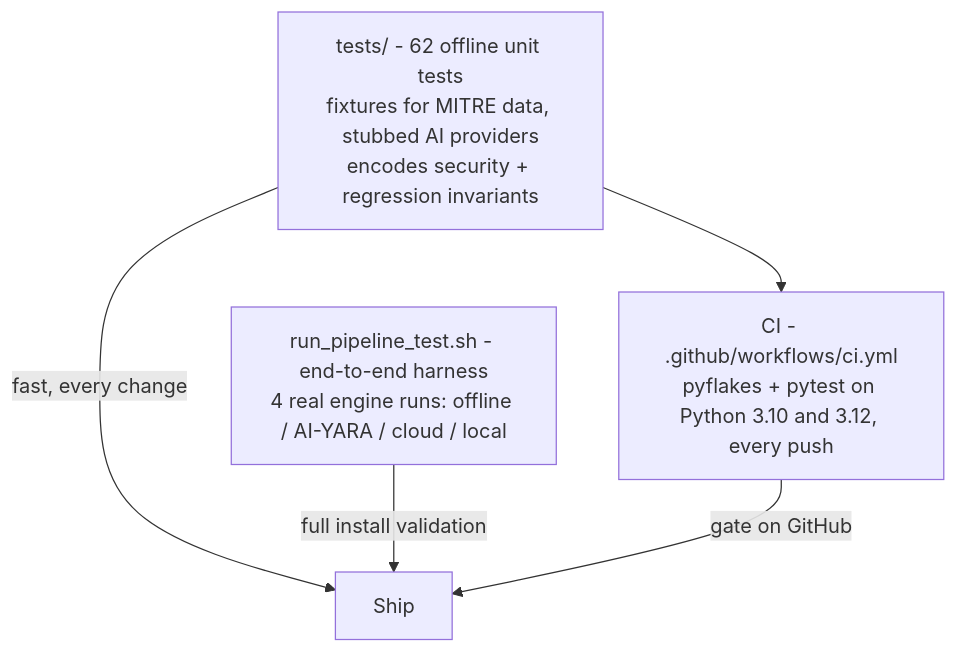
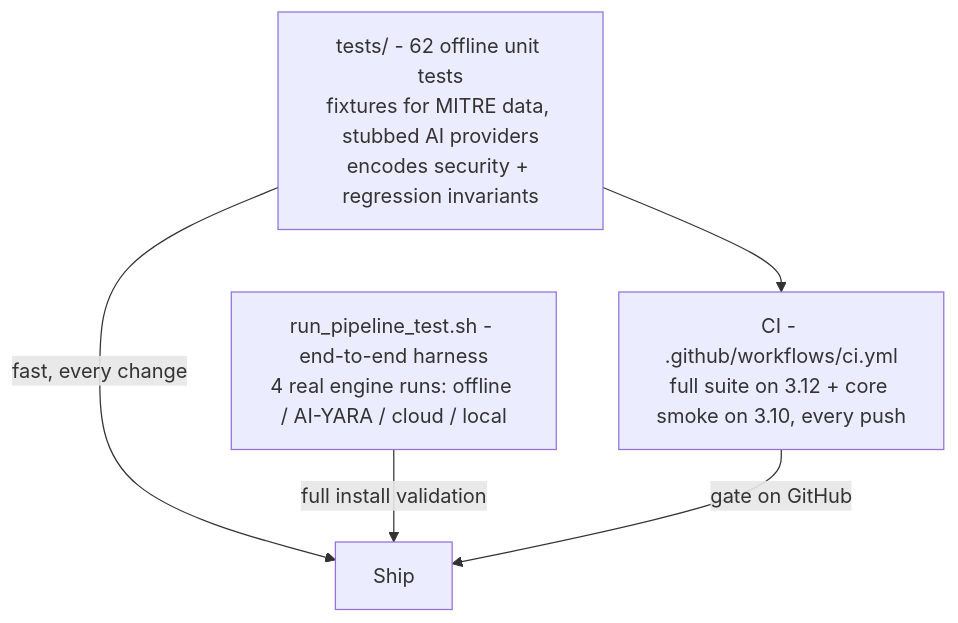
Before and after one commit to dreamsudo/HunterEngine: the fourth of 4 diagrams in MANUAL.md, drawn with Mermaid. The commit also changed other lines of this file and 1 other file, not shown here.

First line of the commit message:
Fix CI: full suite on Python 3.12, core-compat smoke job on 3.10

````diff
--- a/MANUAL.md
+++ b/MANUAL.md
@@ -622,10 +624,10 @@
 ```mermaid
 flowchart TD
     A["tests/ - 62 offline unit tests<br/>fixtures for MITRE data, stubbed AI providers<br/>encodes security + regression invariants"]
     B["run_pipeline_test.sh - end-to-end harness<br/>4 real engine runs: offline / AI-YARA / cloud / local"]
-    C["CI - .github/workflows/ci.yml<br/>pyflakes + pytest on Python 3.10 and 3.12, every push"]
+    C["CI - .github/workflows/ci.yml<br/>full suite on 3.12 + core smoke on 3.10, every push"]
     A --> C
     A -- "fast, every change" --> D[Ship]
     B -- "full install validation" --> D
     C -- "gate on GitHub" --> D
 ```
````
